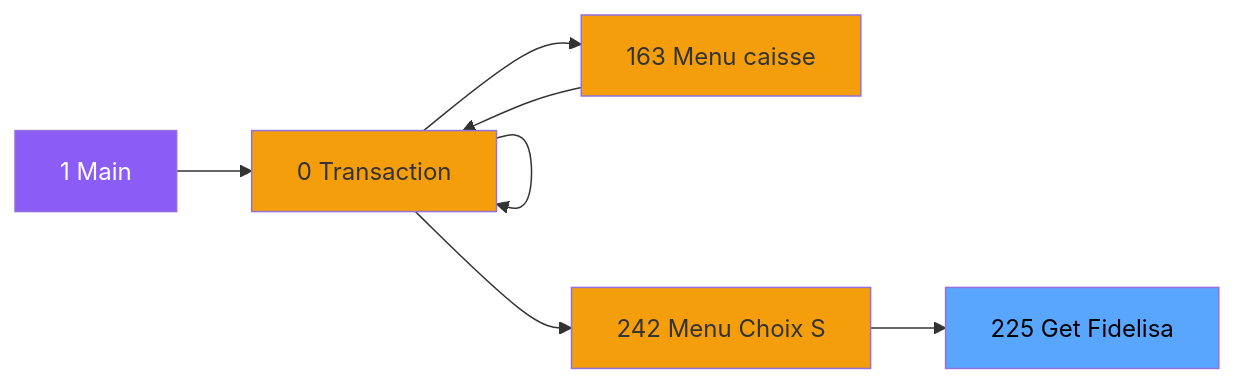
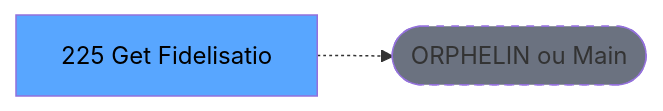
Before and after one commit to thonyAGP/lecteur-magic: the second of 3 diagrams in .openspec/renders/ADH-IDE-225.md, drawn with Mermaid. The commit also changed other lines of this file and 701 other files, not shown here.

````diff
--- a/.openspec/renders/ADH-IDE-225.md
+++ b/.openspec/renders/ADH-IDE-225.md
@@ -112,23 +118,8 @@
 ```mermaid
 graph LR
-    M[1 Main]
-    N0[0 Transaction ]
-    N0[0 Transaction ]
-    N163[163 Menu caisse ]
-    N0[0 Transaction ]
-    N242[242 Menu Choix S]
-    T[225 Get Fidelisa]
-    M --> N0
-    N0 --> N0
-    N0 --> N163
-    N163 --> N0
-    N0 --> N242
-    N242 --> T
-    style M fill:#8b5cf6,color:#fff
-    style N0 fill:#f59e0b
-    style N0 fill:#f59e0b
-    style N163 fill:#f59e0b
-    style N0 fill:#f59e0b
-    style N242 fill:#f59e0b
+    T[225 Get Fidelisatio]
+    ORPHAN([ORPHELIN ou Main])
+    T -.-> ORPHAN
     style T fill:#58a6ff,color:#000
+    style ORPHAN fill:#6b7280,stroke-dasharray: 5 5
 ```
````
